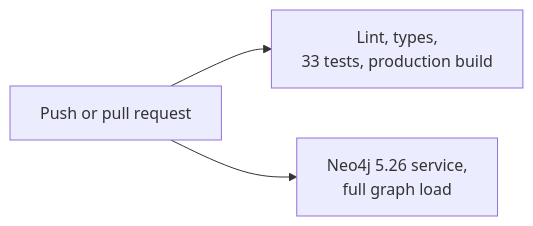
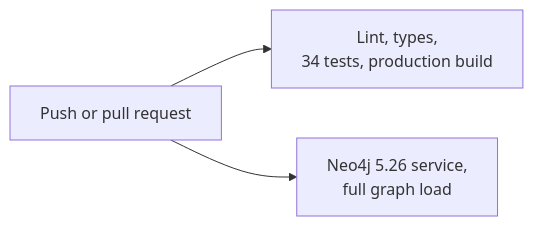
Before and after one commit to garyhost2/mirette: diagram 11 of 11 in README.md, drawn with Mermaid. The commit also changed 13 other files, not shown here.

````diff
--- a/README.md
+++ b/README.md
@@ -548,5 +548,5 @@
 ```mermaid
 flowchart LR
-  Push["Push or pull request"] --> Verify["Lint, types,<br/>33 tests, production build"]
+  Push["Push or pull request"] --> Verify["Lint, types,<br/>34 tests, production build"]
   Push --> Graph["Neo4j 5.26 service,<br/>full graph load"]
 ```
````
